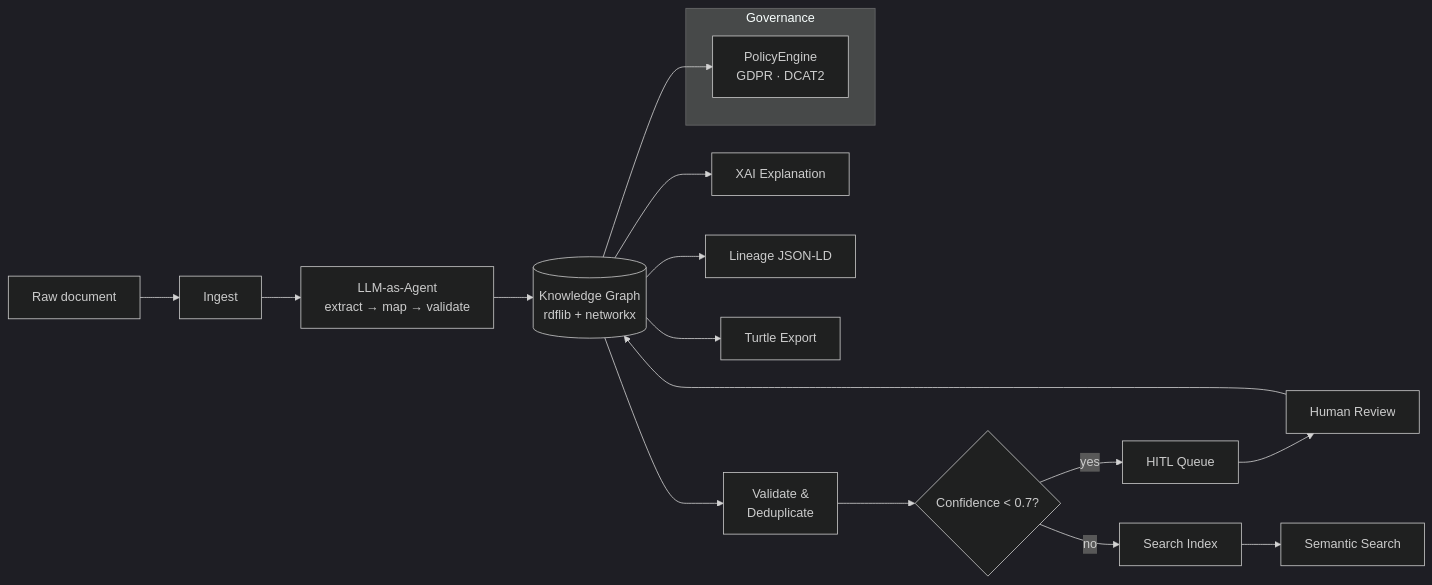
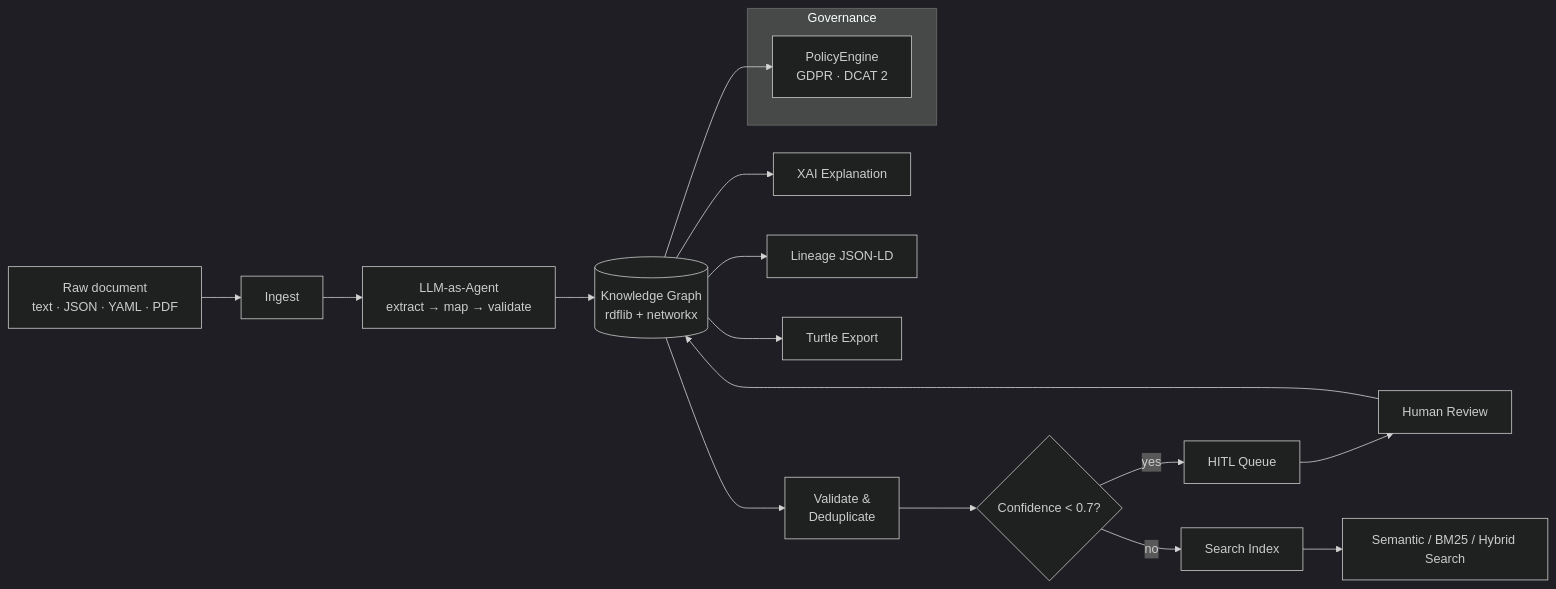
Before and after one commit to wirapong/Graph_RAG-V4: the first of 2 diagrams in README.md, drawn with Mermaid (dark theme). The commit also changed other lines of this file, not shown here.

````diff
--- a/README.md
+++ b/README.md
@@ -25,20 +83,20 @@
 ```mermaid
 flowchart LR
-    A[Raw document] --> B[Ingest]
+    A[Raw document<br/>text · JSON · YAML · PDF] --> B[Ingest]
     B --> C[LLM-as-Agent<br/>extract → map → validate]
     C --> D[(Knowledge Graph<br/>rdflib + networkx)]
     D --> E[Validate &<br/>Deduplicate]
     E --> F{Confidence < 0.7?}
     F -->|yes| H[HITL Queue]
     F -->|no| G[Search Index]
     H --> I[Human Review]
     I --> D
-    G --> J[Semantic Search]
+    G --> J[Semantic / BM25 / Hybrid Search]
     D --> K[XAI Explanation]
     D --> L[Lineage JSON-LD]
     D --> M[Turtle Export]
     subgraph Governance
-        N[PolicyEngine<br/>GDPR · DCAT2]
+        N[PolicyEngine<br/>GDPR · DCAT 2]
     end
     D --> N
 ```
````
